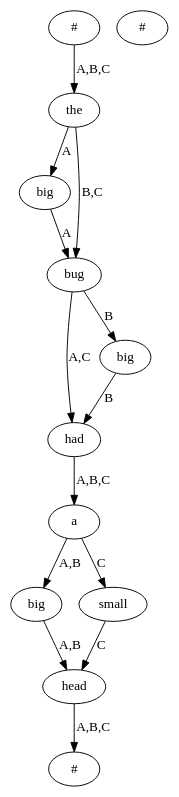
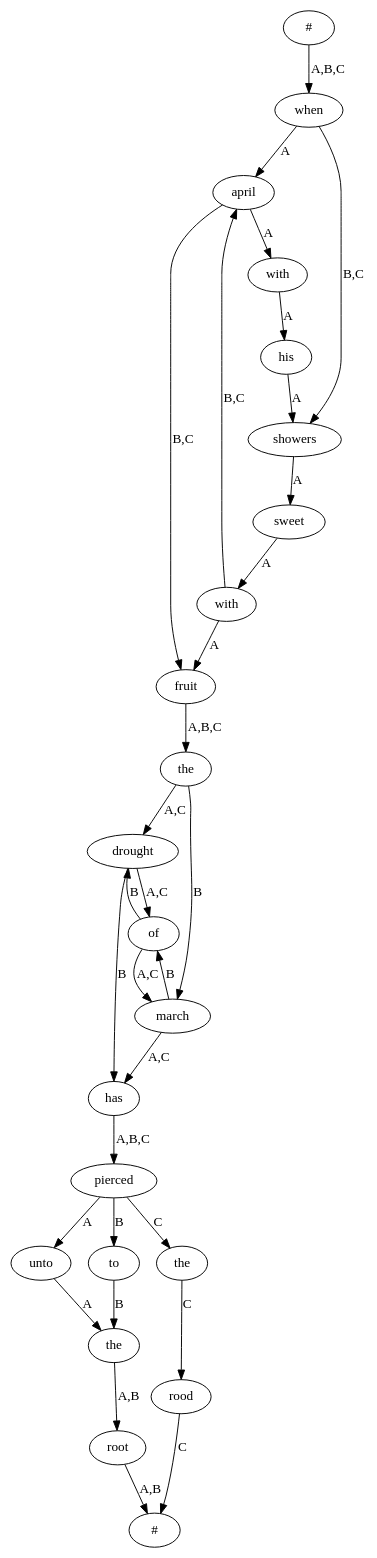
One commit to interedition/collatex changed the diagram in collatex-web/src/main/ruby/input.dot. Above: the diagram before and after it, drawn with Graphviz. The commit also changed 1 other file, not shown here.

Commit message:
[BB] small improvement

```diff
--- a/collatex-web/src/main/ruby/input.dot
+++ b/collatex-web/src/main/ruby/input.dot
@@ -1,27 +1,54 @@
 digraph G {
-  356 [label = "#"];
-  357 [label = "#"];
-  358 [label = "the"];
-  359 [label = "big"];
-  360 [label = "bug"];
-  361 [label = "had"];
-  362 [label = "a"];
-  363 [label = "big"];
-  364 [label = "head"];
-  365 [label = "#"];
-  366 [label = "small"];
-  367 [label = "big"];
-  356 -> 358 [label = "A,B,C"];
-  358 -> 359 [label = "A"];
-  359 -> 360 [label = "A"];
-  360 -> 361 [label = "A,C"];
-  361 -> 362 [label = "A,B,C"];
-  362 -> 363 [label = "A,B"];
-  363 -> 364 [label = "A,B"];
-  364 -> 365 [label = "A,B,C"];
-  362 -> 366 [label = "C"];
-  366 -> 364 [label = "C"];
-  360 -> 367 [label = "B"];
-  367 -> 361 [label = "B"];
-  358 -> 360 [label = "B,C"];
+  20 [label = "#"];
+  21 [label = "#"];
+  22 [label = "when"];
+  23 [label = "april"];
+  24 [label = "with"];
+  25 [label = "his"];
+  26 [label = "showers"];
+  27 [label = "sweet"];
+  28 [label = "with"];
+  29 [label = "fruit"];
+  30 [label = "the"];
+  31 [label = "drought"];
+  32 [label = "of"];
+  33 [label = "march"];
+  34 [label = "has"];
+  35 [label = "pierced"];
+  36 [label = "unto"];
+  37 [label = "the"];
+  38 [label = "root"];
+  39 [label = "to"];
+  40 [label = "the"];
+  41 [label = "rood"];
+  20 -> 22 [label = "A,B,C"];
+  22 -> 23 [label = "A"];
+  23 -> 24 [label = "A"];
+  24 -> 25 [label = "A"];
+  25 -> 26 [label = "A"];
+  26 -> 27 [label = "A"];
+  27 -> 28 [label = "A"];
+  28 -> 29 [label = "A"];
+  29 -> 30 [label = "A,B,C"];
+  30 -> 31 [label = "A,C"];
+  31 -> 32 [label = "A,C"];
+  32 -> 33 [label = "A,C"];
+  33 -> 34 [label = "A,C"];
+  34 -> 35 [label = "A,B,C"];
+  35 -> 36 [label = "A"];
+  36 -> 37 [label = "A"];
+  37 -> 38 [label = "A,B"];
+  38 -> 21 [label = "A,B"];
+  35 -> 39 [label = "B"];
+  39 -> 37 [label = "B"];
+  35 -> 40 [label = "C"];
+  40 -> 41 [label = "C"];
+  41 -> 21 [label = "C"];
+  32 -> 31 [label = "B"];
+  31 -> 34 [label = "B"];
+  30 -> 33 [label = "B"];
+  33 -> 32 [label = "B"];
+  22 -> 26 [label = "B,C"];
+  28 -> 23 [label = "B,C"];
+  23 -> 29 [label = "B,C"];
 }
```
